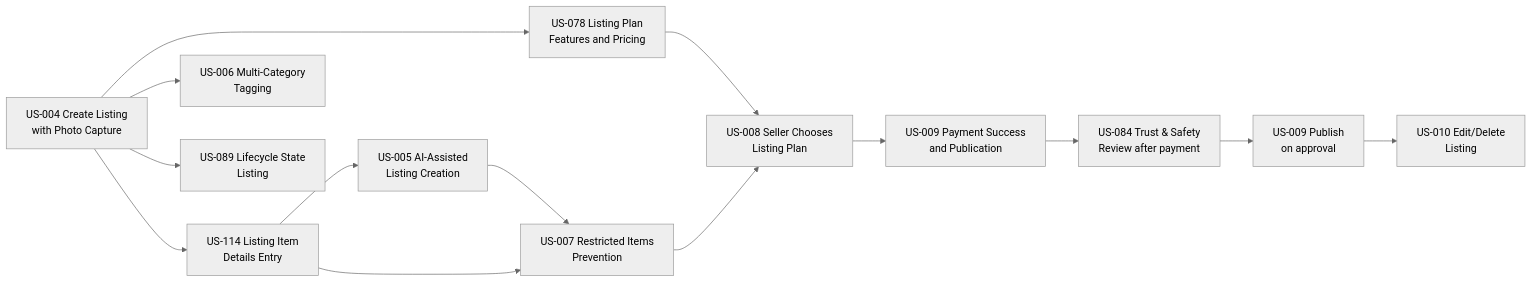
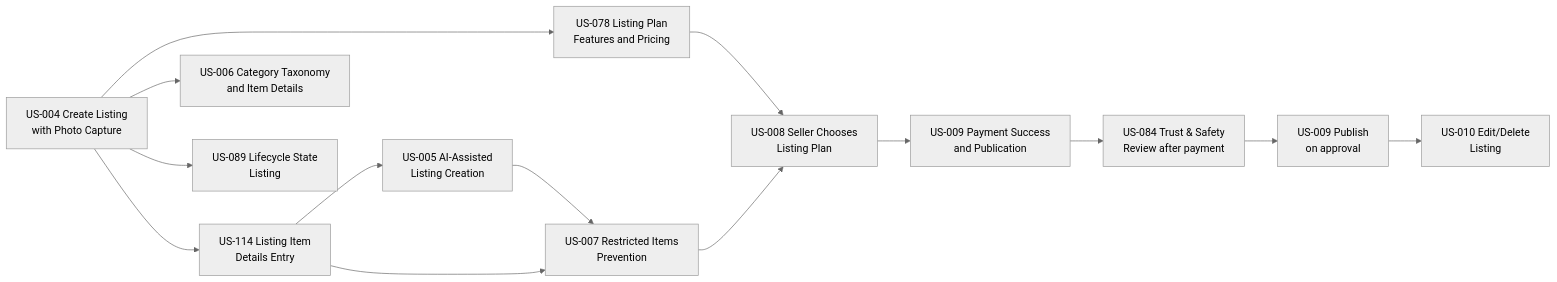
Before and after one commit to VSPL-New/Documents: the first of 13 diagrams in LLD/Sprint-2-Seller Listing Creation-LLD.md, drawn with Mermaid (neutral theme). The commit also changed other lines of this file and 33 other files, not shown here.

Commit message:
docs: category taxonomy design (US-006 rewrite, US-118 to US-122, HLD/LLD/PRD updates)

````diff
--- a/LLD/Sprint-2-Seller Listing Creation-LLD.md
+++ b/LLD/Sprint-2-Seller Listing Creation-LLD.md
@@ -25,16 +25,16 @@
 ```mermaid
 graph LR
     US004[US-004 Create Listing<br/>with Photo Capture] --> US114[US-114 Listing Item<br/>Details Entry]
     US114 --> US005[US-005 AI-Assisted<br/>Listing Creation]
-    US004 --> US006[US-006 Multi-Category<br/>Tagging]
+    US004 --> US006[US-006 Category Taxonomy<br/>and Item Details]
     US005 --> US007[US-007 Restricted Items<br/>Prevention]
     US114 --> US007
     US004 --> US089[US-089 Lifecycle State<br/>Listing]
     US004 --> US078[US-078 Listing Plan<br/>Features and Pricing]
     US078 --> US008[US-008 Seller Chooses<br/>Listing Plan]
     US007 --> US008
     US008 --> US009[US-009 Payment Success<br/>and Publication]
     US009 --> US084[US-084 Trust & Safety<br/>Review after payment]
     US084 --> US009P[US-009 Publish<br/>on approval]
     US009P --> US010[US-010 Edit/Delete<br/>Listing]
 ```
````
